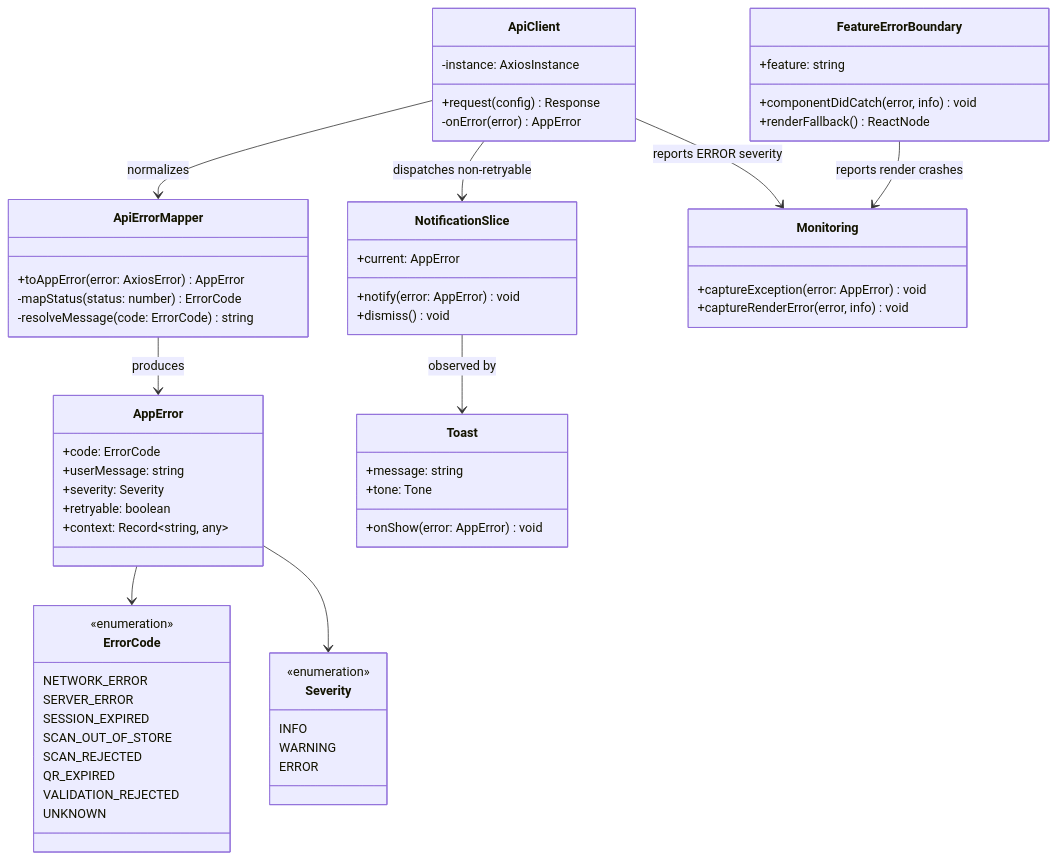
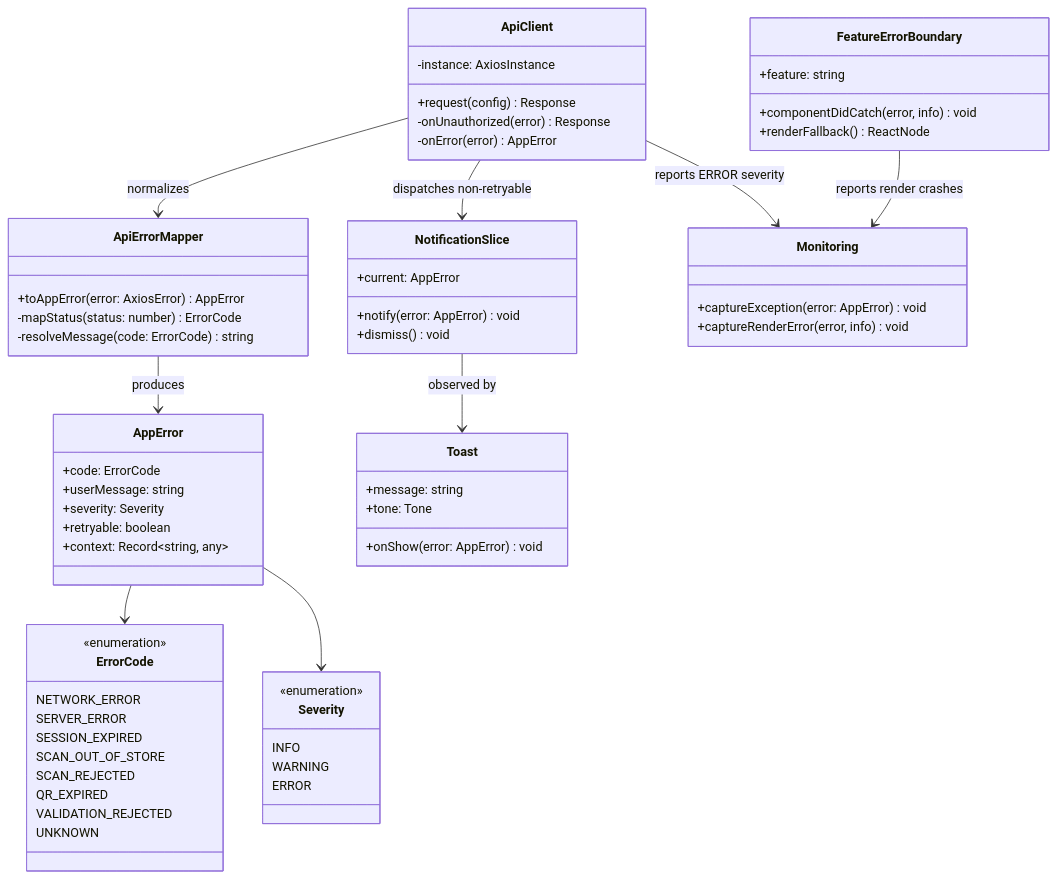
Before and after one commit to davlm05/IICaso_DiseSoftware: the third of 4 diagrams in README.md, drawn with Mermaid. The commit also changed other lines of this file, not shown here.

````diff
--- a/README.md
+++ b/README.md
@@ -477,73 +480,74 @@
 ```mermaid
 classDiagram
     class ApiClient {
         -instance: AxiosInstance
         +request(config) Response
+        -onUnauthorized(error) Response
         -onError(error) AppError
     }
 
     class ApiErrorMapper {
         +toAppError(error: AxiosError) AppError
         -mapStatus(status: number) ErrorCode
         -resolveMessage(code: ErrorCode) string
     }
 
     class AppError {
         +code: ErrorCode
         +userMessage: string
         +severity: Severity
         +retryable: boolean
         +context: Record~string, any~
     }
 
     class ErrorCode {
         <<enumeration>>
         NETWORK_ERROR
         SERVER_ERROR
         SESSION_EXPIRED
         SCAN_OUT_OF_STORE
         SCAN_REJECTED
         QR_EXPIRED
         VALIDATION_REJECTED
         UNKNOWN
     }
 
     class Severity {
         <<enumeration>>
         INFO
         WARNING
         ERROR
     }
 
     class NotificationSlice {
         +current: AppError
         +notify(error: AppError) void
         +dismiss() void
     }
 
     class Toast {
         +message: string
         +tone: Tone
         +onShow(error: AppError) void
     }
 
     class FeatureErrorBoundary {
         +feature: string
         +componentDidCatch(error, info) void
         +renderFallback() ReactNode
     }
 
     class Monitoring {
         +captureException(error: AppError) void
         +captureRenderError(error, info) void
     }
 
     ApiClient --> ApiErrorMapper : normalizes
     ApiErrorMapper --> AppError : produces
     AppError --> ErrorCode
     AppError --> Severity
     ApiClient --> NotificationSlice : dispatches non-retryable
     NotificationSlice --> Toast : observed by
     ApiClient --> Monitoring : reports ERROR severity
     FeatureErrorBoundary --> Monitoring : reports render crashes
 ```
````
